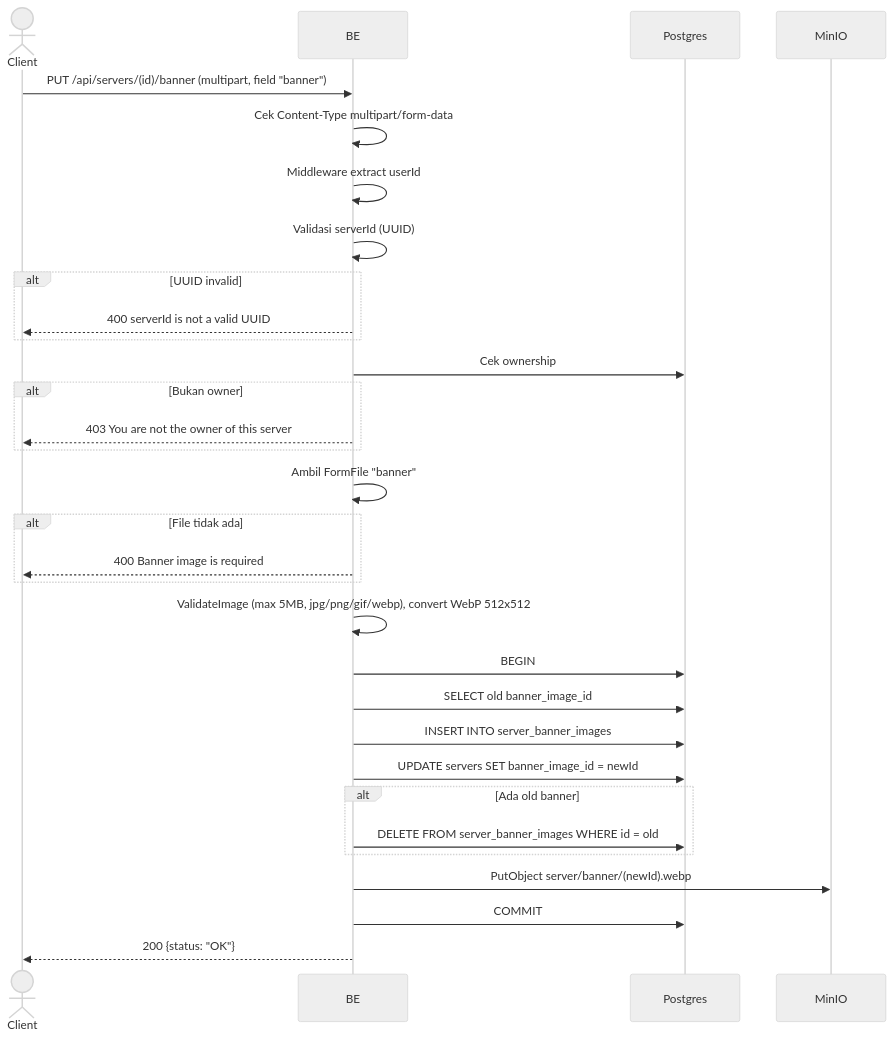
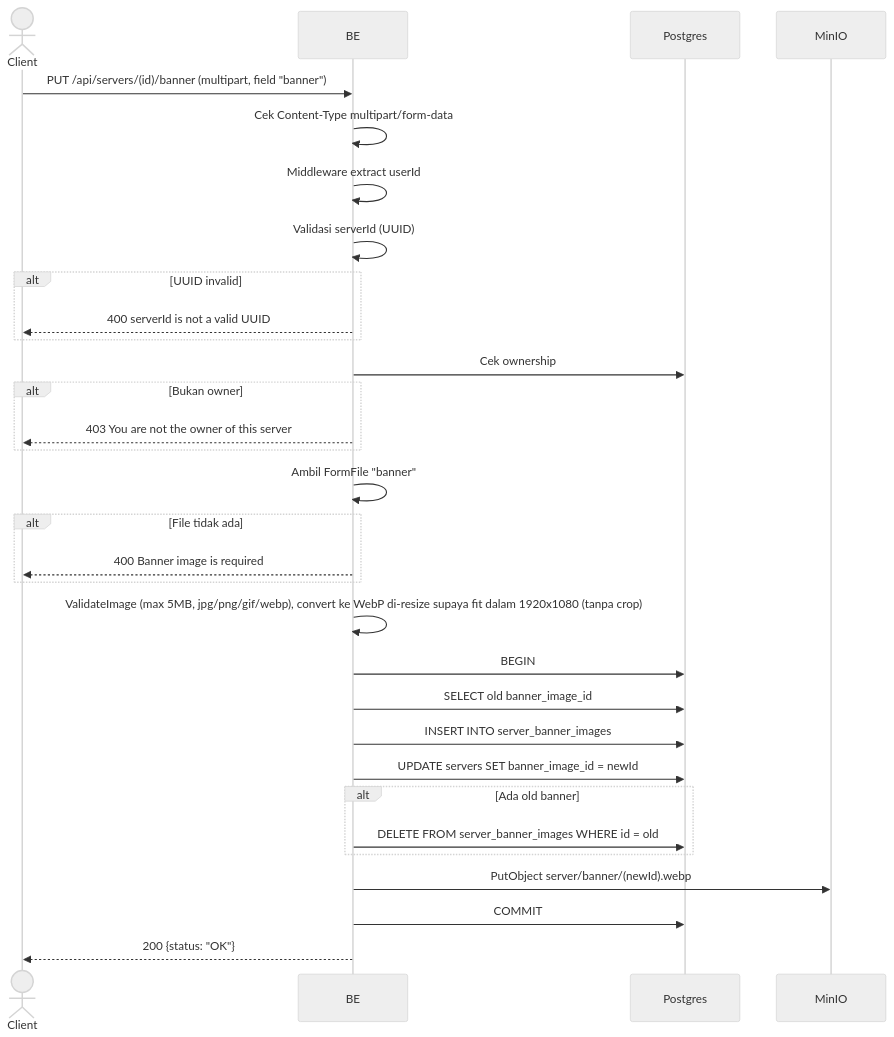
One commit to ferdian3456/virdanproject changed the diagram in docs/flows/id/update_server_banner.md. Above: the diagram before and after it, drawn with Mermaid (neutral theme). The commit also changed other lines of this file and 67 other files, not shown here.

First line of the commit message:
Audit and fix API flow docs; add missing Payment/Chat documentation (#42)

````diff
--- a/docs/flows/id/update_server_banner.md
+++ b/docs/flows/id/update_server_banner.md
@@ -13,34 +13,34 @@
 ```mermaid
 sequenceDiagram
     actor Client
     participant BE
     participant Postgres
     participant MinIO
 
     Client->>BE: PUT /api/servers/(id)/banner (multipart, field "banner")
     BE->>BE: Cek Content-Type multipart/form-data
     BE->>BE: Middleware extract userId
     BE->>BE: Validasi serverId (UUID)
     alt UUID invalid
         BE-->>Client: 400 serverId is not a valid UUID
     end
     BE->>Postgres: Cek ownership
     alt Bukan owner
         BE-->>Client: 403 You are not the owner of this server
     end
     BE->>BE: Ambil FormFile "banner"
     alt File tidak ada
         BE-->>Client: 400 Banner image is required
     end
-    BE->>BE: ValidateImage (max 5MB, jpg/png/gif/webp), convert WebP 512x512
+    BE->>BE: ValidateImage (max 5MB, jpg/png/gif/webp), convert ke WebP di-resize supaya fit dalam 1920x1080 (tanpa crop)
     BE->>Postgres: BEGIN
     BE->>Postgres: SELECT old banner_image_id
     BE->>Postgres: INSERT INTO server_banner_images
     BE->>Postgres: UPDATE servers SET banner_image_id = newId
     alt Ada old banner
         BE->>Postgres: DELETE FROM server_banner_images WHERE id = old
     end
     BE->>MinIO: PutObject server/banner/(newId).webp
     BE->>Postgres: COMMIT
     BE-->>Client: 200 {status: "OK"}
 ```
````
